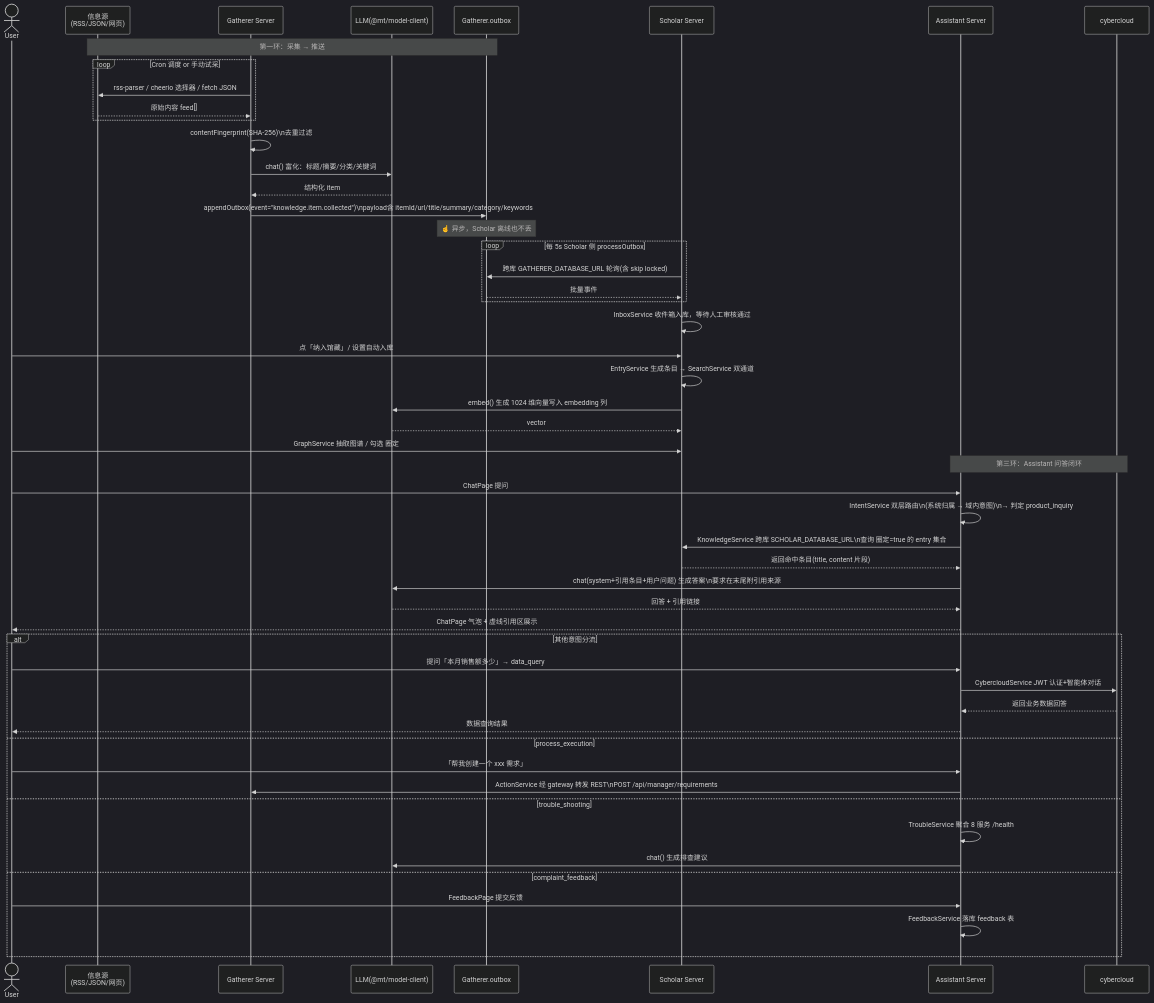
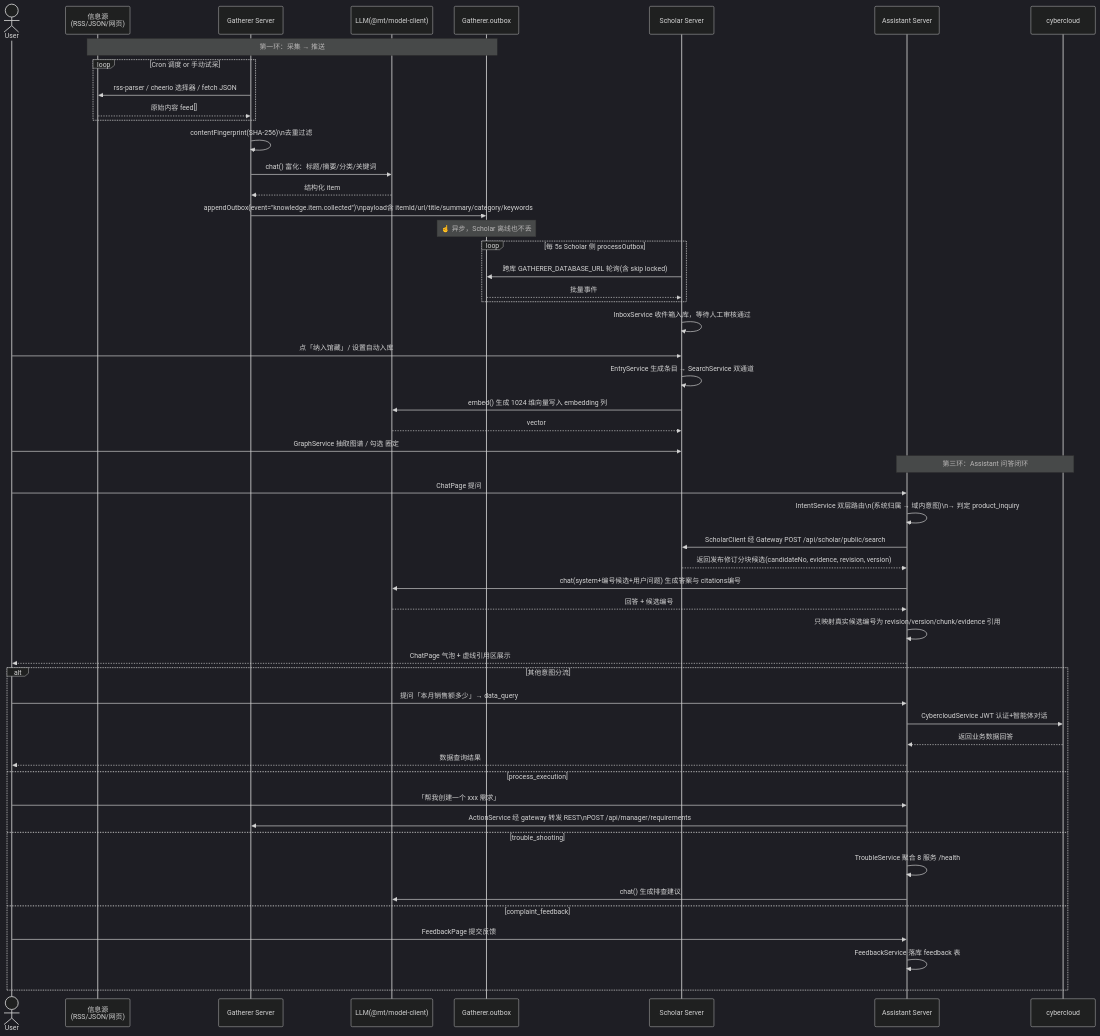
Before and after one commit to Era3e/MagicTools: the second of 2 diagrams in docs/code-wiki/communication.md, drawn with Mermaid (dark theme). The commit also changed other lines of this file and 46 other files, not shown here.

Commit message:
feat(assistant): unify scholar hybrid search evidence

````diff
--- a/docs/code-wiki/communication.md
+++ b/docs/code-wiki/communication.md
@@ -113,58 +113,59 @@
 ```mermaid
 sequenceDiagram
     actor 用户 as User
     participant Src as 信息源<br/>(RSS/JSON/网页)
     participant G as Gatherer Server
     participant LLM as LLM(@mt/model-client)
     participant GOutbox as Gatherer.outbox
     participant S as Scholar Server
     participant C as Assistant Server
     participant CC as cybercloud
 
     Note over Src,GOutbox: 第一环：采集 → 推送
     loop Cron 调度 or 手动试采
         G->>Src: rss-parser / cheerio 选择器 / fetch JSON
         Src-->>G: 原始内容 feed[]
     end
     G->>G: contentFingerprint(SHA-256)\n去重过滤
     G->>LLM: chat() 富化：标题/摘要/分类/关键词
     LLM-->>G: 结构化 item
     G->>GOutbox: appendOutbox(event="knowledge.item.collected")\npayload含 itemId/url/title/summary/category/keywords
     Note over GOutbox: ☝️ 异步，Scholar 离线也不丢
 
     loop 每 5s Scholar 侧 processOutbox
         S->>GOutbox: 跨库 GATHERER_DATABASE_URL 轮询(含 skip locked)
         GOutbox-->>S: 批量事件
     end
     S->>S: InboxService 收件箱入库，等待人工审核通过
     用户->>S: 点「纳入馆藏」/ 设置自动入库
     S->>S: EntryService 生成条目 → SearchService 双通道
     S->>LLM: embed() 生成 1024 维向量写入 embedding 列
     LLM-->>S: vector
     用户->>S: GraphService 抽取图谱 / 勾选 圈定
 
     Note over C,CC: 第三环：Assistant 问答闭环
     用户->>C: ChatPage 提问
     C->>C: IntentService 双层路由\n(系统归属 → 域内意图)\n→ 判定 product_inquiry
-    C->>S: KnowledgeService 跨库 SCHOLAR_DATABASE_URL\n查询 圈定=true 的 entry 集合
-    S-->>C: 返回命中条目(title, content 片段)
-    C->>LLM: chat(system+引用条目+用户问题) 生成答案\n要求在末尾附引用来源
-    LLM-->>C: 回答 + 引用链接
+    C->>S: ScholarClient 经 Gateway POST /api/scholar/public/search
+    S-->>C: 返回发布修订分块候选(candidateNo, evidence, revision, version)
+    C->>LLM: chat(system+编号候选+用户问题) 生成答案与 citations编号
+    LLM-->>C: 回答 + 候选编号
+    C->>C: 只映射真实候选编号为 revision/version/chunk/evidence 引用
     C-->>用户: ChatPage 气泡 + 虚线引用区展示
 
     alt 其他意图分流
         用户->>C: 提问「本月销售额多少」→ data_query
         C->>CC: CybercloudService JWT 认证+智能体对话
         CC-->>C: 返回业务数据回答
         C-->>用户: 数据查询结果
     else process_execution
         用户->>C: 「帮我创建一个 xxx 需求」
         C->>G: ActionService 经 gateway 转发 REST\nPOST /api/manager/requirements
     else trouble_shooting
         C->>C: TroubleService 聚合 8 服务 /health
         C->>LLM: chat() 生成排查建议
     else complaint_feedback
         用户->>C: FeedbackPage 提交反馈
         C->>C: FeedbackService 落库 feedback 表
     end
 ```
````
